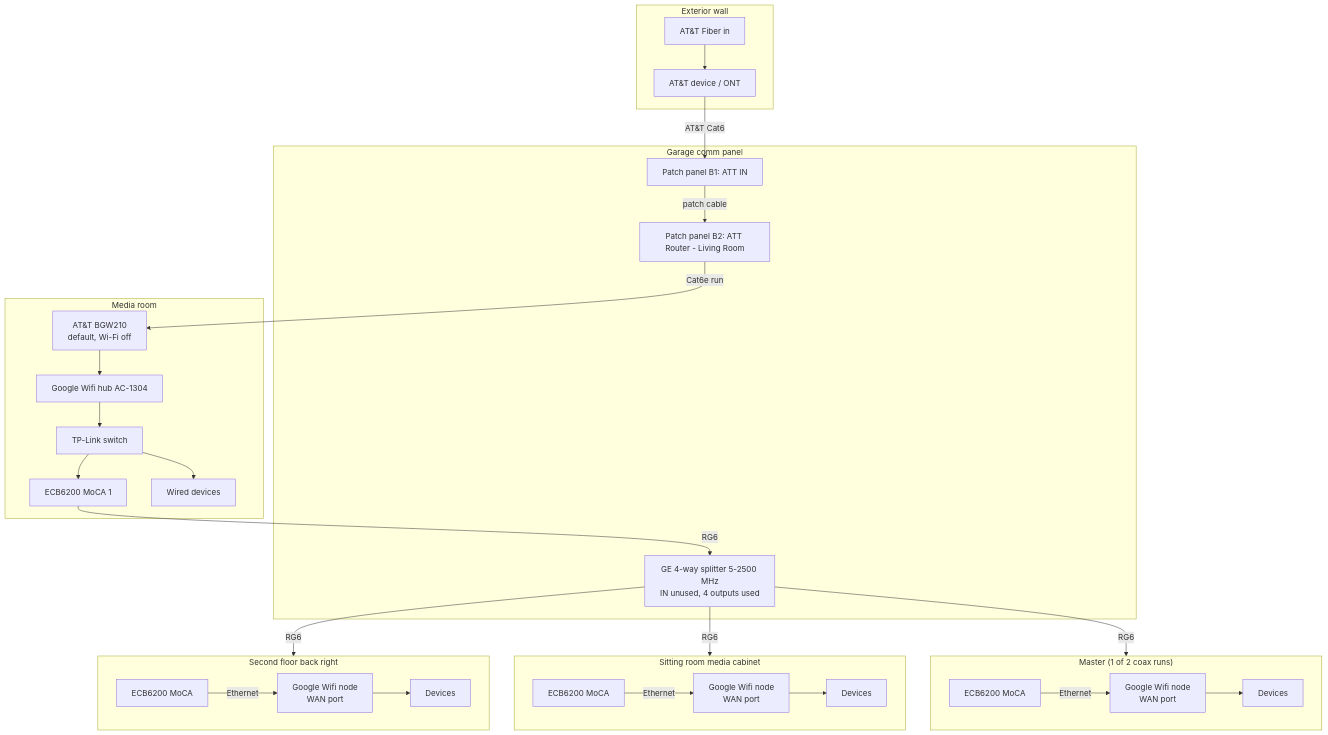
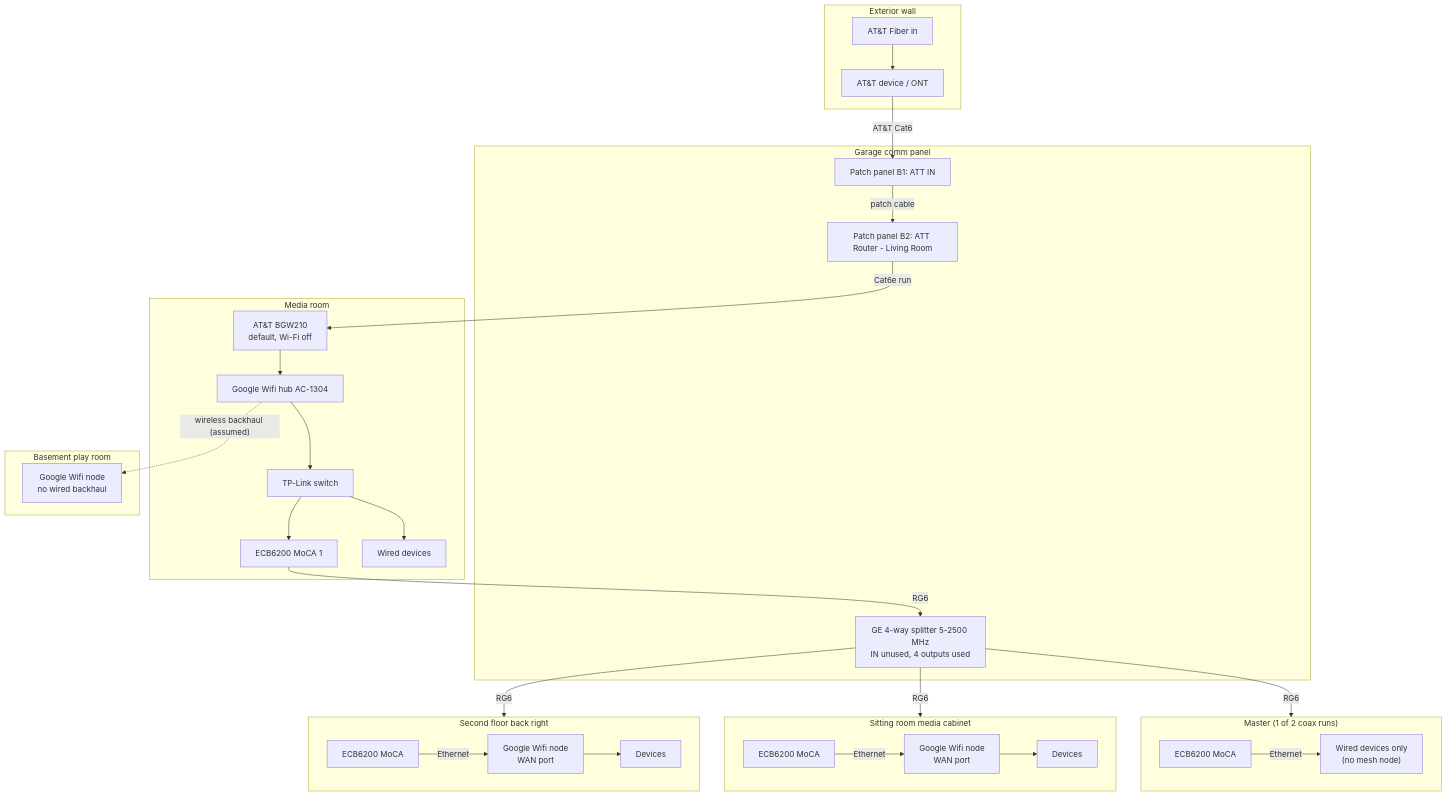
Before and after one commit to CosmicCEO/home-network-playbook: the first of 3 diagrams in docs/01-as-found.md, drawn with Mermaid. The commit also changed other lines of this file and 3 other files, not shown here.

First line of the commit message:
Correct mesh layout: four units, no node in master, basement node unwired

````diff
--- a/docs/01-as-found.md
+++ b/docs/01-as-found.md
@@ -56,46 +57,49 @@
 ```mermaid
 flowchart TB
     subgraph EXT["Exterior wall"]
         FIB[AT&T Fiber in] --> ONT[AT&T device / ONT]
     end
 
     ONT -- "AT&T Cat6" --> B1
 
     subgraph PANEL["Garage comm panel"]
         B1["Patch panel B1: ATT IN"]
         B2["Patch panel B2: ATT Router - Living Room"]
         B1 -- "patch cable" --> B2
         SPL["GE 4-way splitter 5-2500 MHz<br/>IN unused, 4 outputs used"]
     end
 
     B2 -- "Cat6e run" --> GW
 
     subgraph MR["Media room"]
         GW["AT&T BGW210<br/>default, Wi-Fi off"]
         HUB["Google Wifi hub AC-1304"]
         SW[TP-Link switch]
         MC0["ECB6200 MoCA 1"]
         DEV0[Wired devices]
         GW --> HUB --> SW
         SW --> DEV0
         SW --> MC0
     end
 
     MC0 -- "RG6" --> SPL
     SPL -- RG6 --> R1
     SPL -- RG6 --> R2
     SPL -- RG6 --> R3
 
     subgraph R1["Second floor back right"]
         M1["ECB6200 MoCA"] -- Ethernet --> N1["Google Wifi node<br/>WAN port"]
         N1 --> D1[Devices]
     end
     subgraph R2["Sitting room media cabinet"]
         M2["ECB6200 MoCA"] -- Ethernet --> N2["Google Wifi node<br/>WAN port"]
         N2 --> D2[Devices]
     end
     subgraph R3["Master (1 of 2 coax runs)"]
-        M3["ECB6200 MoCA"] -- Ethernet --> N3["Google Wifi node<br/>WAN port"]
-        N3 --> D3[Devices]
+        M3["ECB6200 MoCA"] -- Ethernet --> D3["Wired devices only<br/>(no mesh node)"]
     end
+    subgraph R4["Basement play room"]
+        N4["Google Wifi node<br/>no wired backhaul"]
+    end
+    HUB -. "wireless backhaul (assumed)" .-> N4
 ```
````
